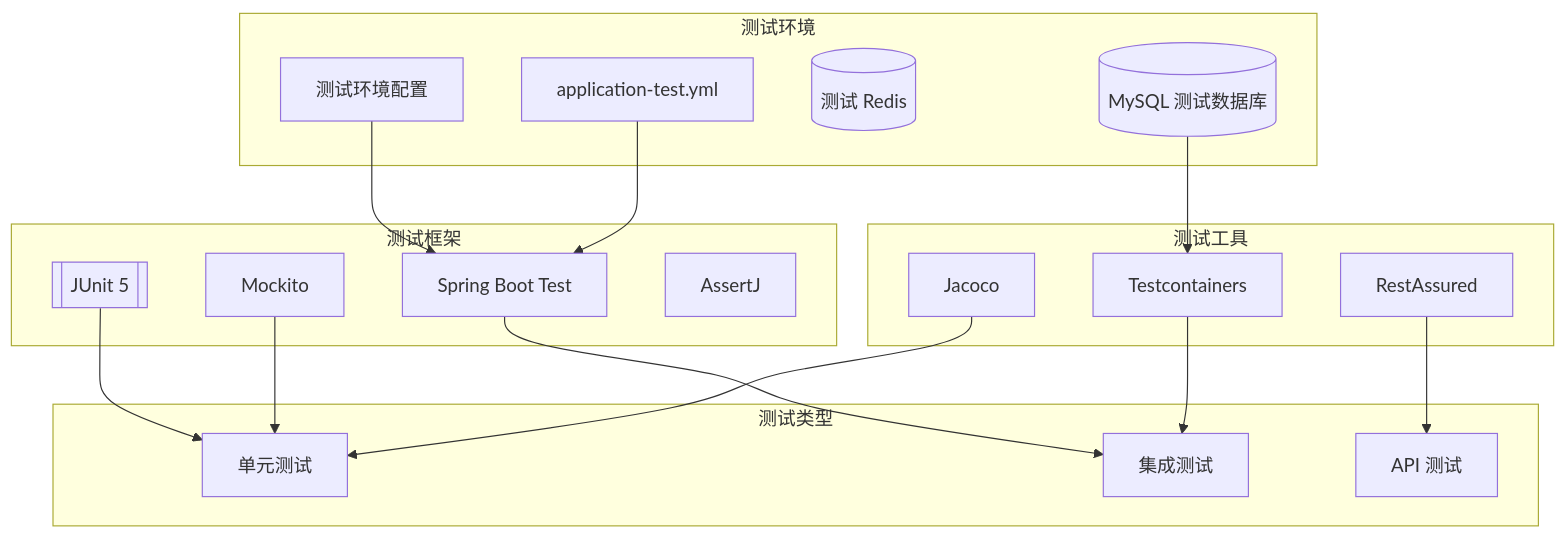
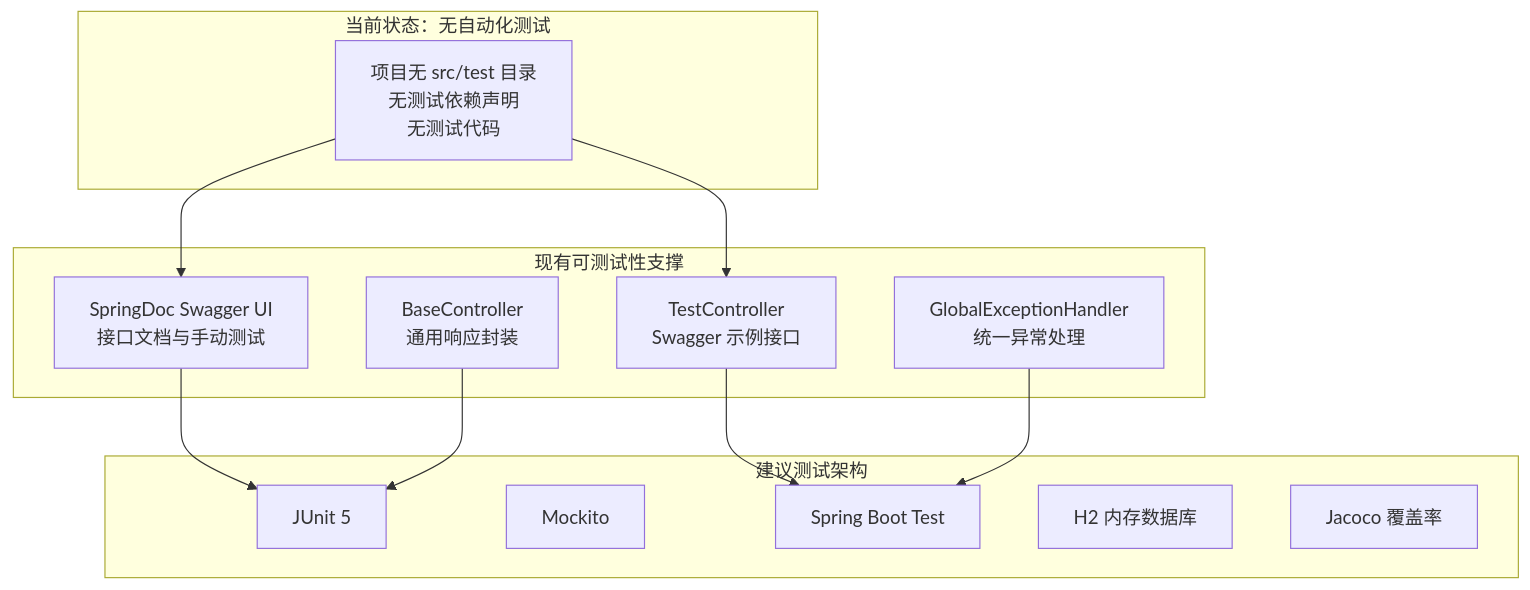
The first of 3 diagrams in ruoyi-admin/.gientech/wiki/测试策略.md (ChenLiyan-GT/RuoYi-Vue), drawn with Mermaid before and after one commit. The commit also changed other lines of this file and 82 other files, not shown here.

````diff
--- a/ruoyi-admin/.gientech/wiki/测试策略.md
+++ b/ruoyi-admin/.gientech/wiki/测试策略.md
@@ -37,34 +36,28 @@
 ```mermaid
 graph TB
-subgraph "测试环境"
-TestEnv[测试环境配置]
-TestDB[(MySQL 测试数据库)]
-TestRedis[(测试 Redis)]
-TestConfig[application-test.yml]
+subgraph "当前状态：无自动化测试"
+CurrentState[项目无 src/test 目录<br/>无测试依赖声明<br/>无测试代码]
 end
-subgraph "测试框架"
-JUnit[[JUnit 5]]
+
+subgraph "现有可测试性支撑"
+SwaggerUI[SpringDoc Swagger UI<br/>接口文档与手动测试]
+TestCtrl[TestController<br/>Swagger 示例接口]
+GlobalExHandler[GlobalExceptionHandler<br/>统一异常处理]
+BaseCtrl[BaseController<br/>通用响应封装]
+end
+
+subgraph "建议测试架构"
+JUnit5[JUnit 5]
 Mockito[Mockito]
-SpringTest[Spring Boot Test]
-AssertJ[AssertJ]
+SpringBootTest[Spring Boot Test]
+H2DB[H2 内存数据库]
+Jacoco[Jacoco 覆盖率]
 end
-subgraph "测试类型"
-UnitTest[单元测试]
-IntegrationTest[集成测试]
-APITest[API 测试]
-end
-subgraph "测试工具"
-TestContainer[Testcontainers]
-RestAssured[RestAssured]
-Jacoco[Jacoco]
-end
-TestEnv --> SpringTest
-TestDB --> TestContainer
-TestConfig --> SpringTest
-JUnit --> UnitTest
-Mockito --> UnitTest
-SpringTest --> IntegrationTest
-TestContainer --> IntegrationTest
-RestAssured --> APITest
-Jacoco --> UnitTest
+
+CurrentState --> SwaggerUI
+CurrentState --> TestCtrl
+SwaggerUI --> JUnit5
+TestCtrl --> SpringBootTest
+GlobalExHandler --> SpringBootTest
+BaseCtrl --> JUnit5
 ```
````
